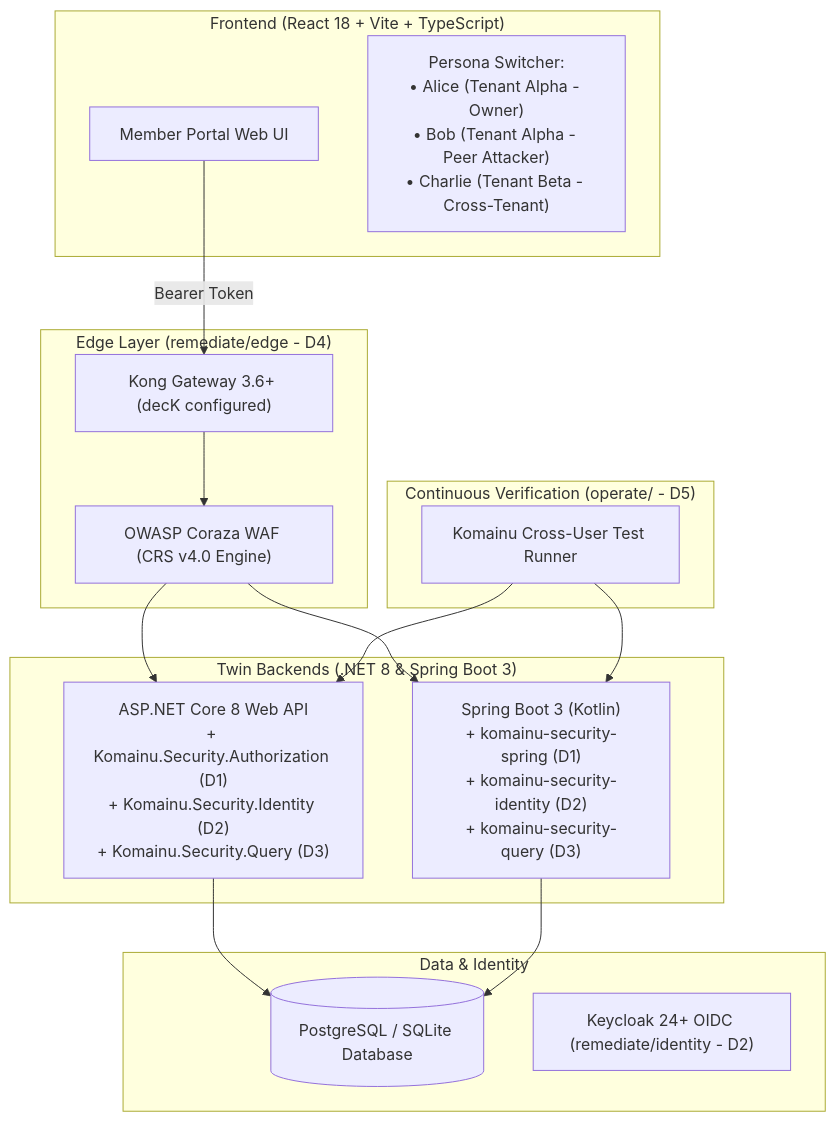
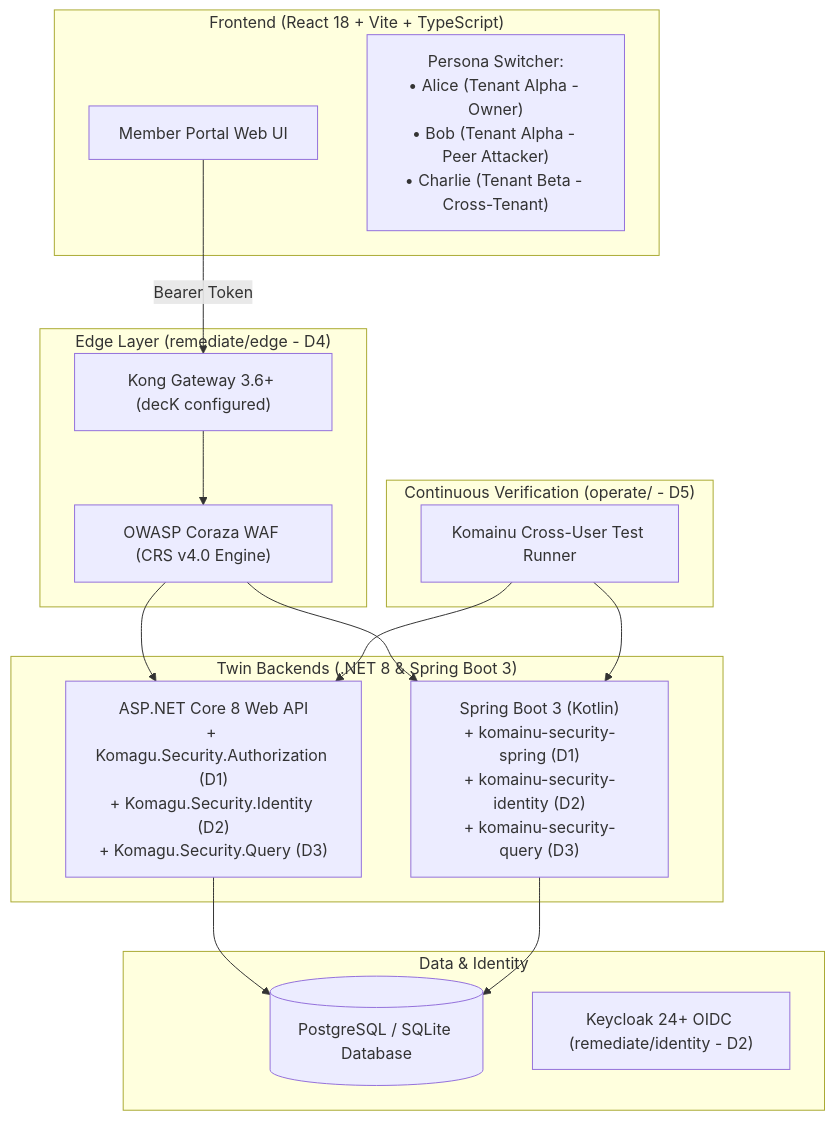
One commit to hoanghainh1188/komagu changed the diagram in examples/member-portal/README.md. Above: the diagram before and after it, drawn with Mermaid. The commit also changed other lines of this file and 94 other files, not shown here.

Commit message:
refactor(dotnet): rename .NET modules to Komagu.Security.* (#298)

````diff
--- a/examples/member-portal/README.md
+++ b/examples/member-portal/README.md
@@ -9,31 +9,31 @@
 ```mermaid
 flowchart TD
     subgraph Client["Frontend (React 18 + Vite + TypeScript)"]
         UI["Member Portal Web UI"]
         Switcher["Persona Switcher:<br>• Alice (Tenant Alpha - Owner)<br>• Bob (Tenant Alpha - Peer Attacker)<br>• Charlie (Tenant Beta - Cross-Tenant)"]
     end
 
     subgraph Edge["Edge Layer (remediate/edge - D4)"]
         Kong["Kong Gateway 3.6+ (decK configured)"]
         Coraza["OWASP Coraza WAF (CRS v4.0 Engine)"]
     end
 
     subgraph Backends["Twin Backends (.NET 8 & Spring Boot 3)"]
-        DotNet["ASP.NET Core 8 Web API<br>+ Komainu.Security.Authorization (D1)<br>+ Komainu.Security.Identity (D2)<br>+ Komainu.Security.Query (D3)"]
+        DotNet["ASP.NET Core 8 Web API<br>+ Komagu.Security.Authorization (D1)<br>+ Komagu.Security.Identity (D2)<br>+ Komagu.Security.Query (D3)"]
         Spring["Spring Boot 3 (Kotlin)<br>+ komainu-security-spring (D1)<br>+ komainu-security-identity (D2)<br>+ komainu-security-query (D3)"]
     end
 
     subgraph Storage["Data & Identity"]
         DB[("PostgreSQL / SQLite Database")]
         Keycloak["Keycloak 24+ OIDC (remediate/identity - D2)"]
     end
 
     UI -->|"Bearer Token"| Kong
     Kong --> Coraza
     Coraza --> DotNet & Spring
     DotNet & Spring --> DB
 
     subgraph CI["Continuous Verification (operate/ - D5)"]
         D5["Komainu Cross-User Test Runner"] --> DotNet & Spring
     end
 ```
````
